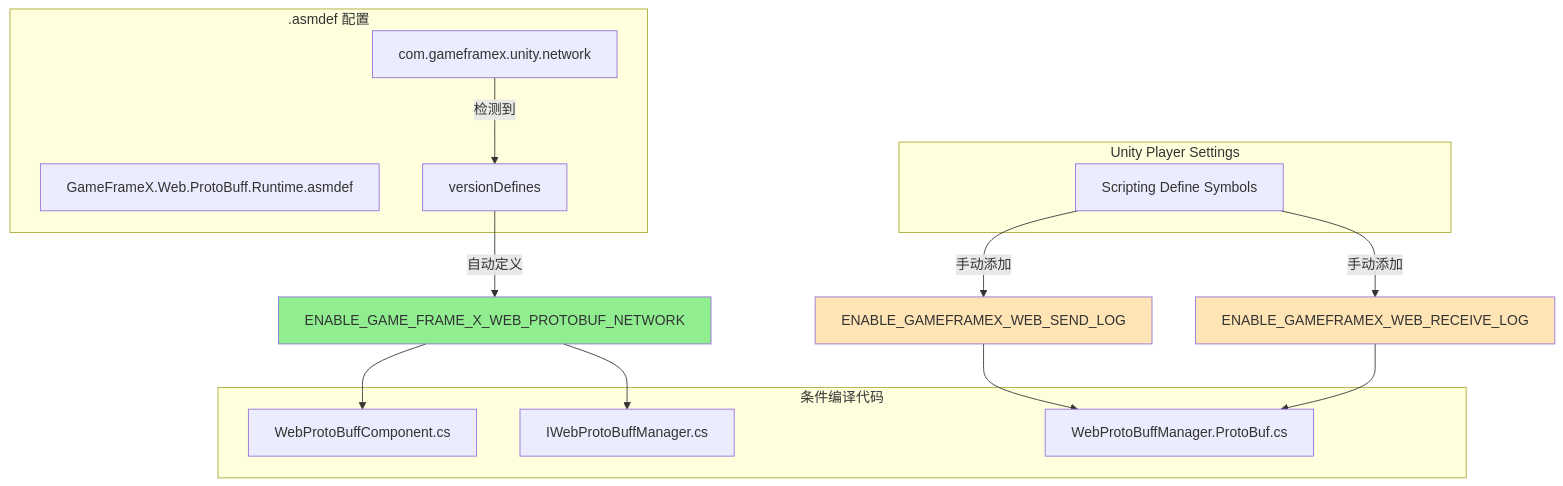
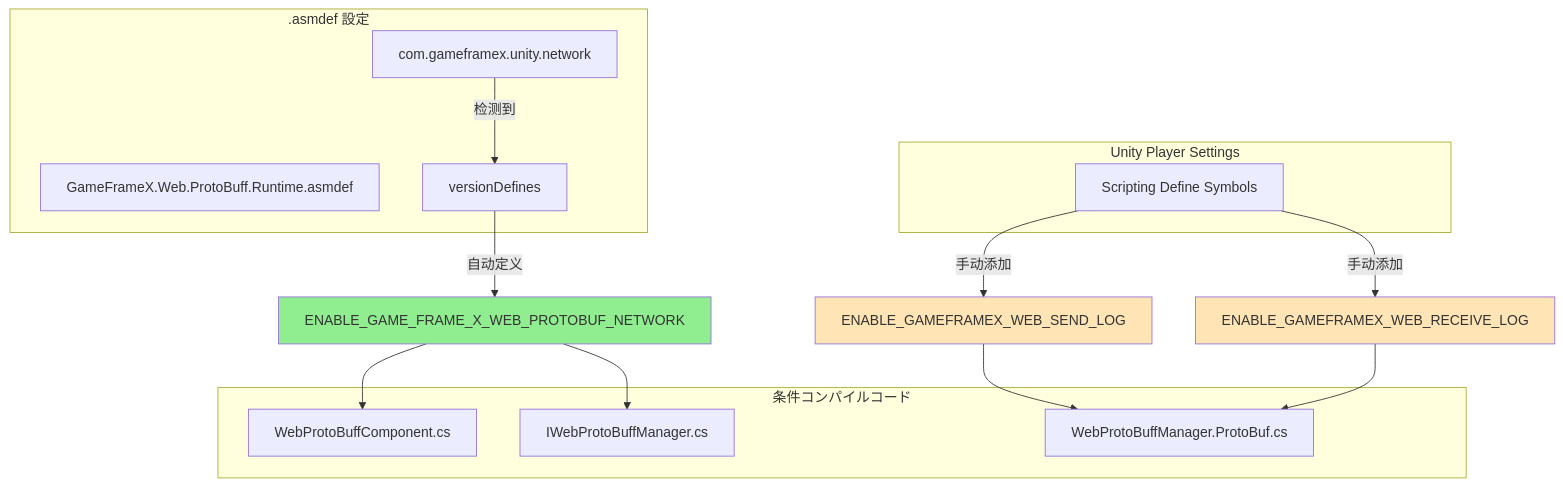
Before and after one commit to AlianBlank/GameFrameX.Docs: the diagram in docs/ja/client/unity/component/web-protobuff/13.compile-defines.md, drawn with Mermaid. The commit also changed other lines of this file and 320 other files, not shown here.

````diff
--- a/docs/ja/client/unity/component/web-protobuff/13.compile-defines.md
+++ b/docs/ja/client/unity/component/web-protobuff/13.compile-defines.md
@@ -128,33 +128,33 @@
 ```mermaid
 flowchart TD
     subgraph UnityPlayer["Unity Player Settings"]
         PlayerSettings[Scripting Define Symbols]
     end
 
-    subgraph AsmdefConfig[".asmdef 配置"]
+    subgraph AsmdefConfig[".asmdef 設定"]
         asmdef[GameFrameX.Web.ProtoBuff.Runtime.asmdef]
         versionDef[versionDefines]
         networkPkg[com.gameframex.unity.network]
     end
 
-    subgraph ConditionalCode["条件编译代码"]
+    subgraph ConditionalCode["条件コンパイルコード"]
         component[WebProtoBuffComponent.cs]
         manager[IWebProtoBuffManager.cs]
         protoBuf[WebProtoBuffManager.ProtoBuf.cs]
     end
 
     PlayerSettings -->|手动添加| sendLog[ENABLE_GAMEFRAMEX_WEB_SEND_LOG]
     PlayerSettings -->|手动添加| recvLog[ENABLE_GAMEFRAMEX_WEB_RECEIVE_LOG]
     
     networkPkg -->|检测到| versionDef
     versionDef -->|自动定义| mainFeature[ENABLE_GAME_FRAME_X_WEB_PROTOBUF_NETWORK]
     
     mainFeature --> component
     mainFeature --> manager
     sendLog --> protoBuf
     recvLog --> protoBuf
 
     style mainFeature fill:#90EE90
     style sendLog fill:#FFE4B5
     style recvLog fill:#FFE4B5
 ```
````
